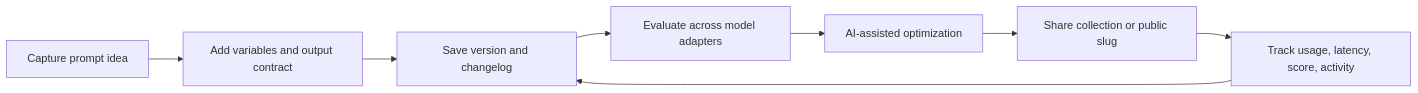
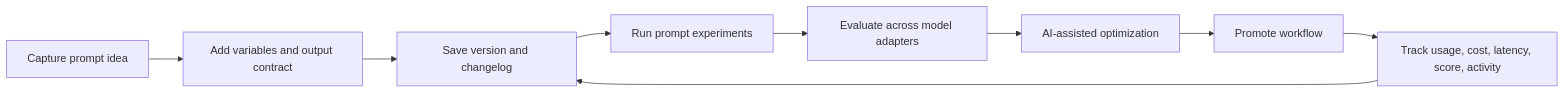
The first of 2 diagrams in README.md (obone410/AI-Prompt-Management-Platform), drawn with Mermaid before and after one commit. The commit also changed other lines of this file and 15 other files, not shown here.

````diff
--- a/README.md
+++ b/README.md
@@ -59,10 +64,11 @@
 ```mermaid
 flowchart LR
   Capture["Capture prompt idea"] --> Structure["Add variables and output contract"]
   Structure --> Version["Save version and changelog"]
-  Version --> Evaluate["Evaluate across model adapters"]
+  Version --> Experiment["Run prompt experiments"]
+  Experiment --> Evaluate["Evaluate across model adapters"]
   Evaluate --> Optimize["AI-assisted optimization"]
-  Optimize --> Share["Share collection or public slug"]
-  Share --> Observe["Track usage, latency, score, activity"]
+  Optimize --> Deploy["Promote workflow"]
+  Deploy --> Observe["Track usage, cost, latency, score, activity"]
   Observe --> Version
 ```
````
